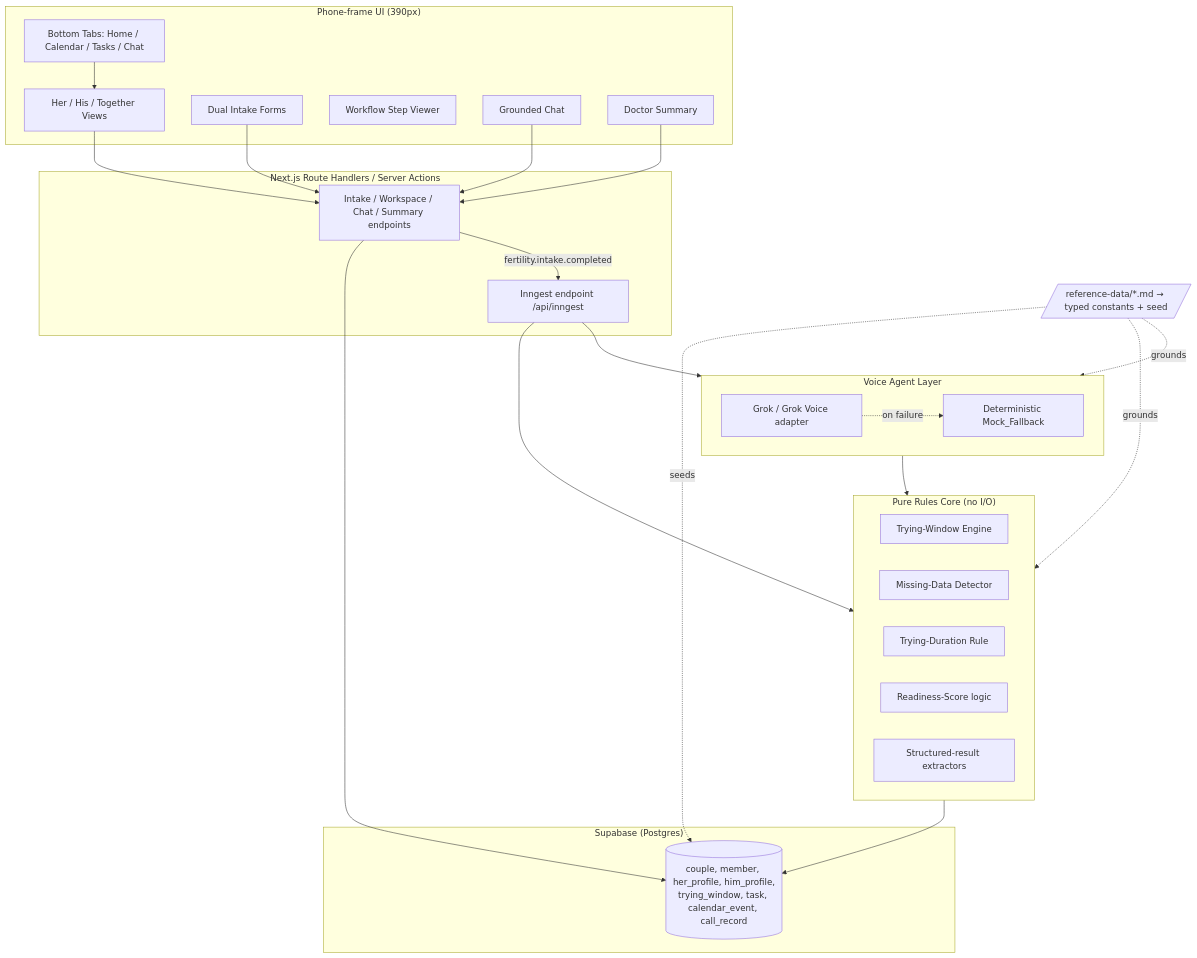
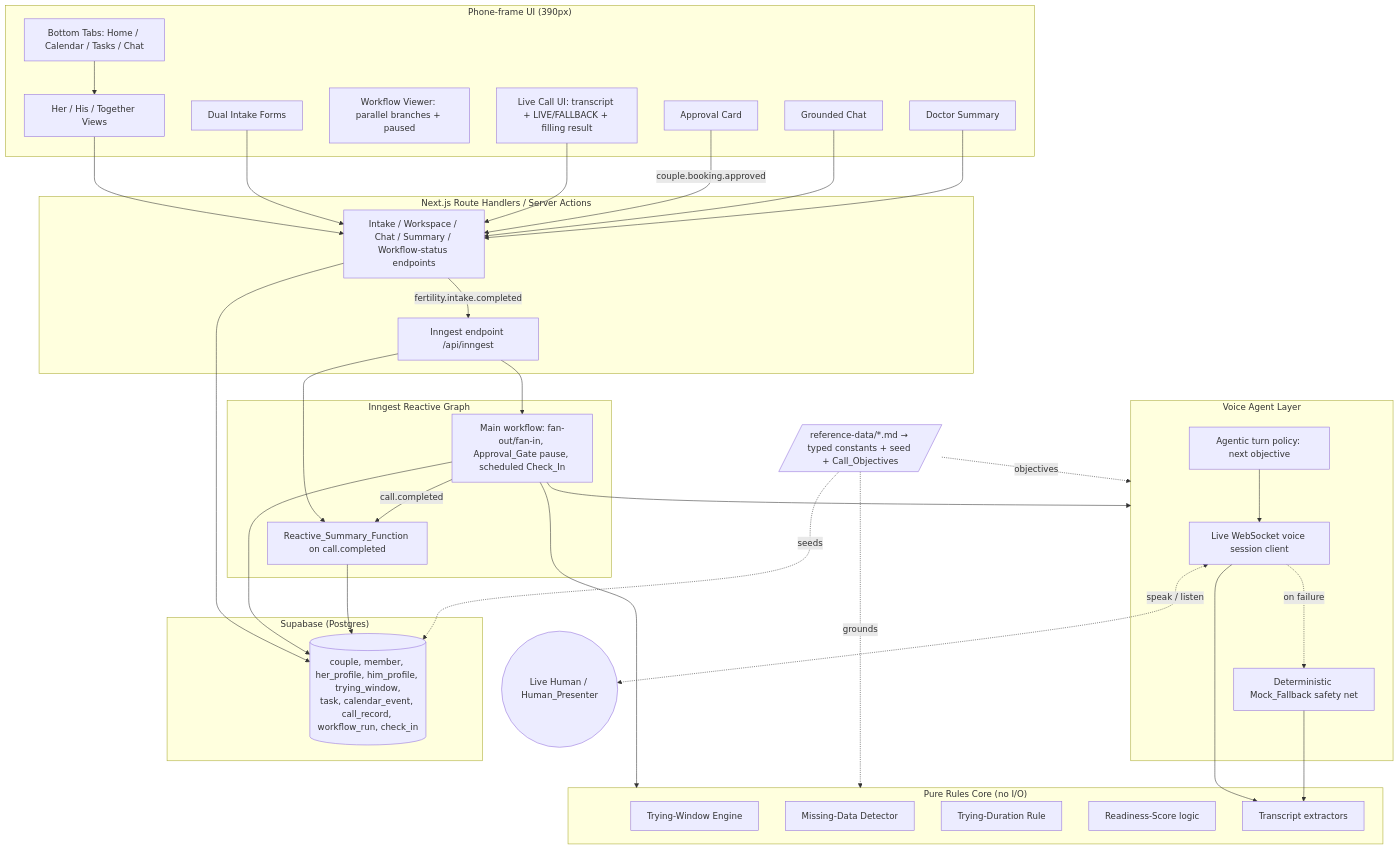
Before and after one commit to Jiyungi/fairy: the first of 5 diagrams in .kiro/specs/fairy/design.md, drawn with Mermaid. The commit also changed other lines of this file and 2 other files, not shown here.

Commit message:
docs(spec): live Grok Voice + reactive Inngest graph (approval gate, parallel steps, scheduled check-in, reactive summary)

````diff
--- a/.kiro/specs/fairy/design.md
+++ b/.kiro/specs/fairy/design.md
@@ -37,50 +42,69 @@
 ```mermaid
 graph TD
     subgraph Client["Phone-frame UI (390px)"]
         Nav[Bottom Tabs: Home / Calendar / Tasks / Chat]
         Views[Her / His / Together Views]
         Forms[Dual Intake Forms]
-        WF[Workflow Step Viewer]
+        WF[Workflow Viewer: parallel branches + paused]
+        CallUI[Live Call UI: transcript + LIVE/FALLBACK + filling result]
+        Approve[Approval Card]
         Chat[Grounded Chat]
         Summary[Doctor Summary]
     end
 
     subgraph Server["Next.js Route Handlers / Server Actions"]
-        API[Intake / Workspace / Chat / Summary endpoints]
+        API[Intake / Workspace / Chat / Summary / Workflow-status endpoints]
         InngestEP[Inngest endpoint /api/inngest]
     end
 
     subgraph Core["Pure Rules Core (no I/O)"]
         TWE[Trying-Window Engine]
         MDD[Missing-Data Detector]
         DUR[Trying-Duration Rule]
         SCORE[Readiness-Score logic]
-        EXTRACT[Structured-result extractors]
+        EXTRACT[Transcript extractors]
     end
 
     subgraph Agent["Voice Agent Layer"]
-        GrokAdapter[Grok / Grok Voice adapter]
-        Mock[Deterministic Mock_Fallback]
+        Live[Live WebSocket voice session client]
+        Policy[Agentic turn policy: next objective]
+        Mock[Deterministic Mock_Fallback safety net]
+    end
+
+    Human((Live Human / Human_Presenter))
+
+    subgraph Flow["Inngest Reactive Graph"]
+        Main[Main workflow: fan-out/fan-in, Approval_Gate pause, scheduled Check_In]
+        ReSum[Reactive_Summary_Function on call.completed]
     end
 
     subgraph Data["Supabase (Postgres)"]
-        DB[(couple, member, her_profile, him_profile,\ntrying_window, task, calendar_event, call_record)]
+        DB[(couple, member, her_profile, him_profile, trying_window,\ntask, calendar_event, call_record, workflow_run, check_in)]
     end
 
-    Ref[/reference-data/*.md → typed constants + seed/]
+    Ref[/reference-data/*.md → typed constants + seed + Call_Objectives/]
 
     Nav --> Views --> API
     Forms --> API
+    CallUI --> API
+    Approve -- couple.booking.approved --> API
     API --> DB
     API -- fertility.intake.completed --> InngestEP
-    InngestEP --> Core
-    InngestEP --> Agent
-    GrokAdapter -. on failure .-> Mock
-    Agent --> Core
-    Core --> DB
+    InngestEP --> Main
+    InngestEP --> ReSum
+    Main --> Core
+    Main --> Agent
+    Live <-. speak / listen .-> Human
+    Live -. on failure .-> Mock
+    Policy --> Live
+    Live --> EXTRACT
+    Mock --> EXTRACT
+    Main -- call.completed --> ReSum
+    Main --> DB
+    ReSum --> DB
     Chat --> API
     Summary --> API
     Ref -.seeds.-> DB
     Ref -.grounds.-> Core
-    Ref -.grounds.-> Agent
+    Ref -.objectives.-> Agent
 ```
````
